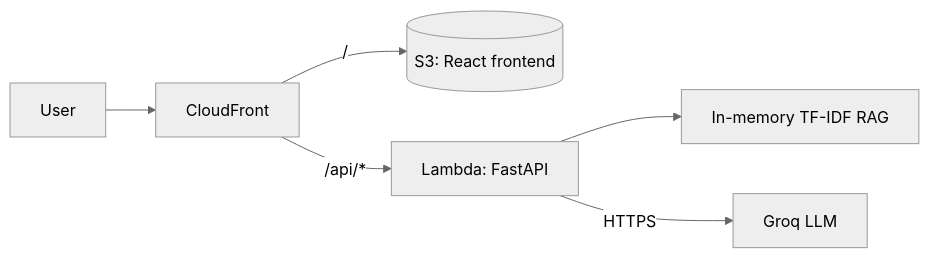
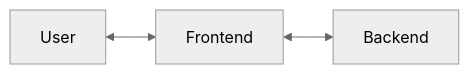
Before and after one commit to joaopmarinho/Assistente-Diversa: the diagram in README.md, drawn with Mermaid (neutral theme). The commit also changed other lines of this file, not shown here.

````diff
--- a/README.md
+++ b/README.md
@@ -9,8 +12,5 @@
 ```mermaid
 graph LR
-    U[User] --> CF[CloudFront]
-    CF -->|/| S3[(S3: React frontend)]
-    CF -->|/api/*| L[Lambda: FastAPI]
-    L --> R[In-memory TF-IDF RAG]
-    L -->|HTTPS| G[Groq LLM]
+    U[User] <--> CF[Frontend]
+    CF <--> API[Backend]
 ```
````
